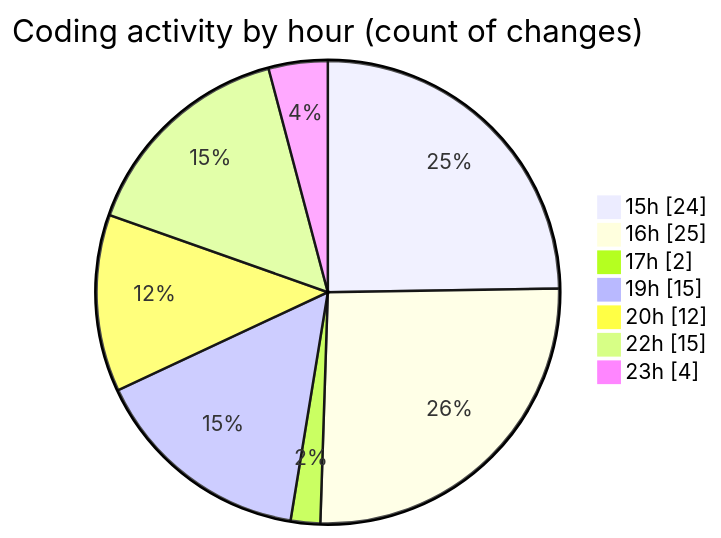
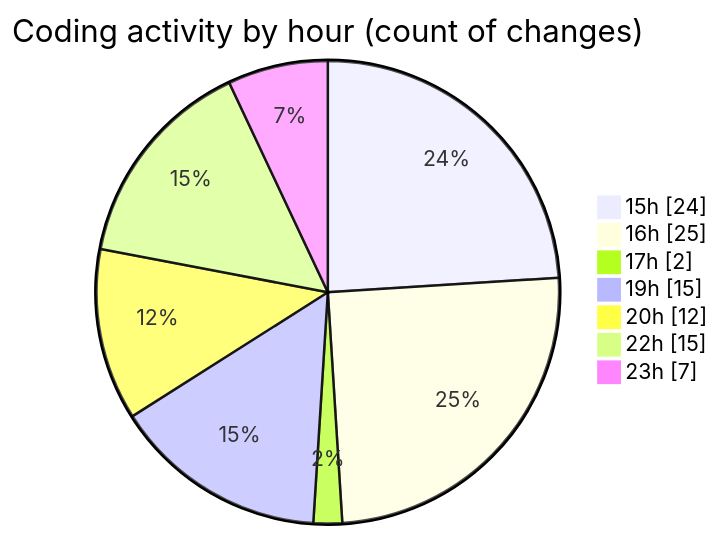
One commit to EIIisD/code-tracking changed the second of 2 diagrams in 2025-07-31/tw-server/README.md. Above: the diagram before and after it, drawn with Mermaid. The commit also changed other lines of this file and 1 other file, not shown here.

````diff
--- a/2025-07-31/tw-server/README.md
+++ b/2025-07-31/tw-server/README.md
@@ -46,11 +46,11 @@
 ```mermaid
 pie showData
 title Coding activity by hour (count of changes)
 "15h" : 24
 "16h" : 25
 "17h" : 2
 "19h" : 15
 "20h" : 12
 "22h" : 15
-"23h" : 4
+"23h" : 7
 ```
````
